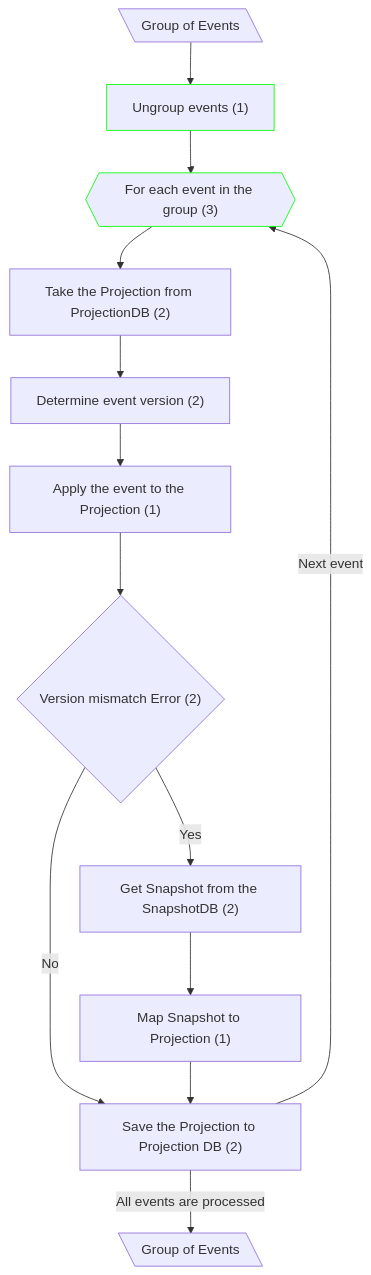
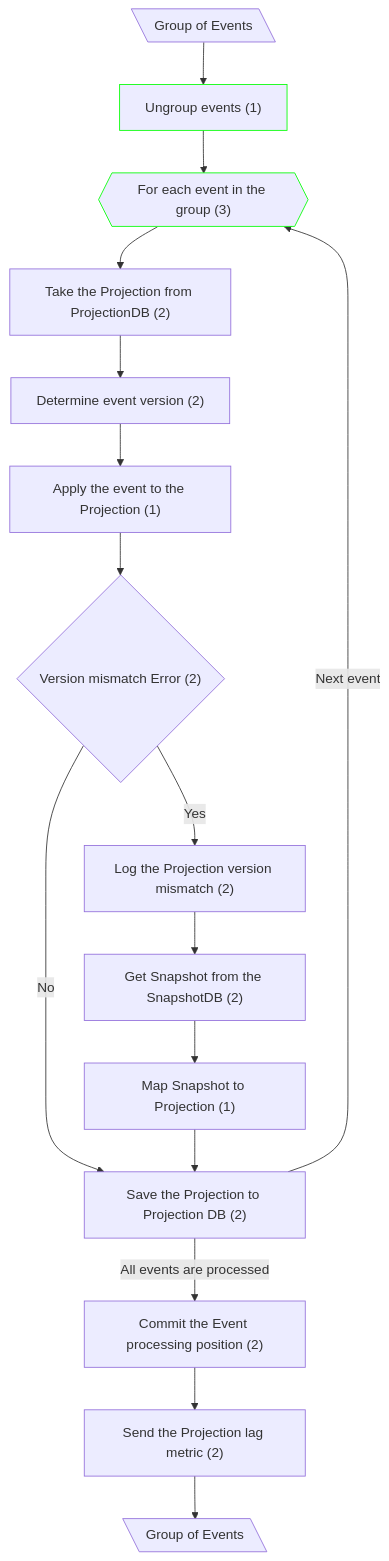
Before and after one commit to dmitryhruzin/CQRS-variations-test: the second of 4 diagrams in docs/CF Complexity/mCQRS -> mCQRS+CoE/eventual consistency.md, drawn with Mermaid. The commit also changed other lines of this file and 21 other files, not shown here.

````diff
--- a/docs/CF Complexity/mCQRS -> mCQRS+CoE/eventual consistency.md
+++ b/docs/CF Complexity/mCQRS -> mCQRS+CoE/eventual consistency.md
@@ -24,17 +27,20 @@
 ```mermaid
 flowchart TD
   classDef mod stroke:#0f0
   A@{ shape: lean-l, label: "Group of Events" }
   A --> B0["Ungroup events (1)"]:::mod
   B0 --> B1{{"For each event in the group (3)"}}:::mod
   B1 --> B["Take the Projection from ProjectionDB (2)"]
   B --> C["Determine event version (2)"]
   C --> D["Apply the event to the Projection (1)"]
   D --> E{"Version mismatch Error (2)"}
   E --"No"--> F["Save the Projection to Projection DB (2)"]
-  E --Yes--> H["Get Snapshot from the SnapshotDB (2)"]
+  E --Yes--> LG["Log the Projection version mismatch (2)"]
+  LG --> H["Get Snapshot from the SnapshotDB (2)"]
   H --> L["Map Snapshot to Projection (1)"]
   L --> F
-  F --Next event--> B1
-  F --All events are processed--> M@{ shape: lean-l, label: "Group of Events" }
+  F --"Next event"--> B1
+  F --"All events are processed"--> CP["Commit the Event processing position (2)"]
+  CP --> MT["Send the Projection lag metric (2)"]
+  MT --> M@{ shape: lean-l, label: "Group of Events" }
 ```
````
